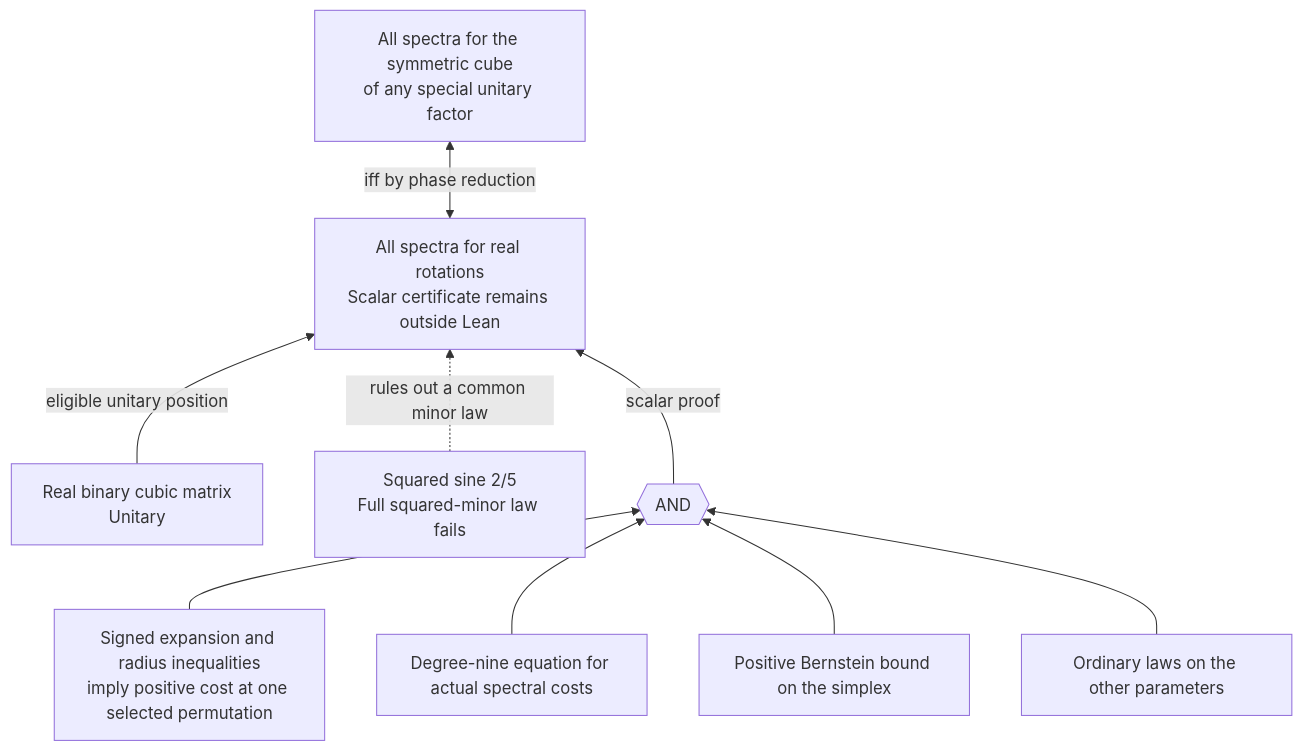
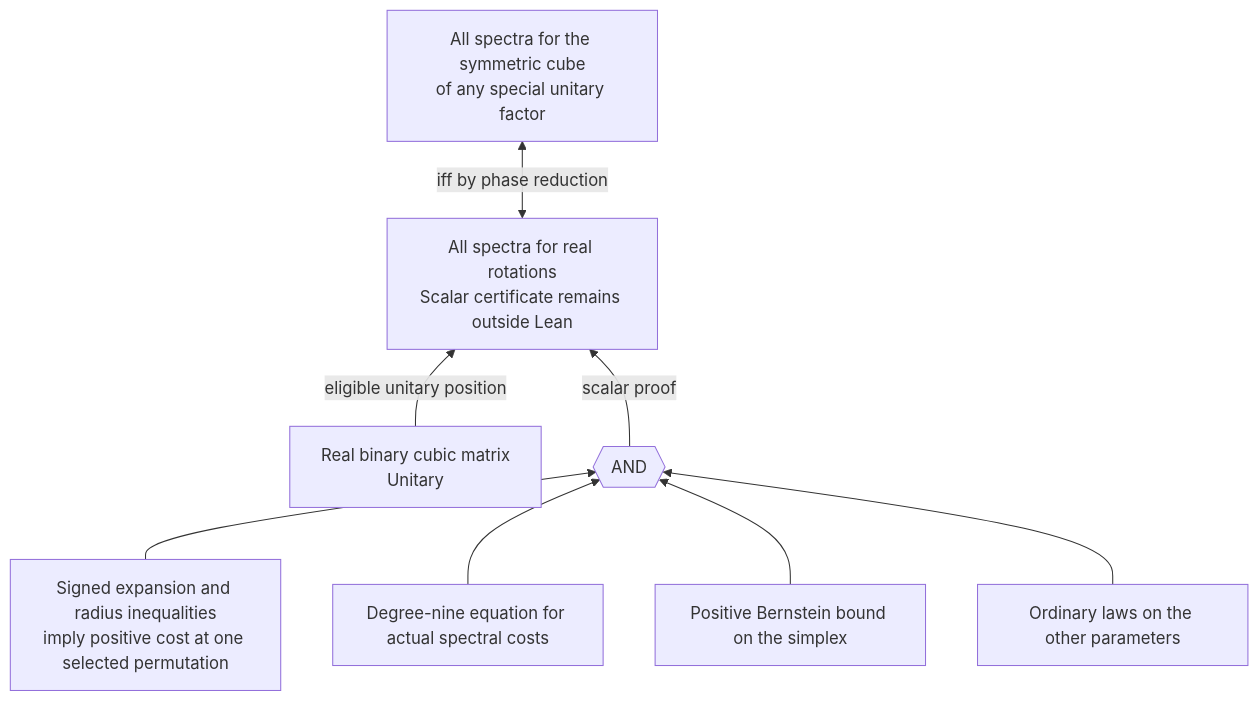
One commit to ascendnoosphere/MOC changed the diagram in Docs/order-four-symmetric-cube-mixer-proof-map.md. Above: the diagram before and after it, drawn with Mermaid. The commit also changed other lines of this file and 42 other files, not shown here.

````diff
--- a/Docs/order-four-symmetric-cube-mixer-proof-map.md
+++ b/Docs/order-four-symmetric-cube-mixer-proof-map.md
@@ -13,20 +13,18 @@
 ```mermaid
 flowchart BT
     Real["Real binary cubic matrix<br/>Unitary"]
     Chart["All spectra for real rotations<br/>Scalar certificate remains outside Lean"]
     General["All spectra for the symmetric cube<br/>of any special unitary factor"]
-    Obstruction["Squared sine 2/5<br/>Full squared-minor law fails"]
     Normalize["Signed expansion and radius inequalities<br/>imply positive cost at one selected permutation"]
     Vanish["Degree-nine equation for actual spectral costs"]
     Positive["Positive Bernstein bound on the simplex"]
     Regular["Ordinary laws on the other parameters"]
     Gate{{"AND"}}
     Real -->|eligible unitary position| Chart
     Chart <-->|iff by phase reduction| General
-    Obstruction -.->|rules out a common minor law| Chart
     Normalize --> Gate
     Vanish --> Gate
     Positive --> Gate
     Regular --> Gate
     Gate -->|scalar proof| Chart
 ```
````
